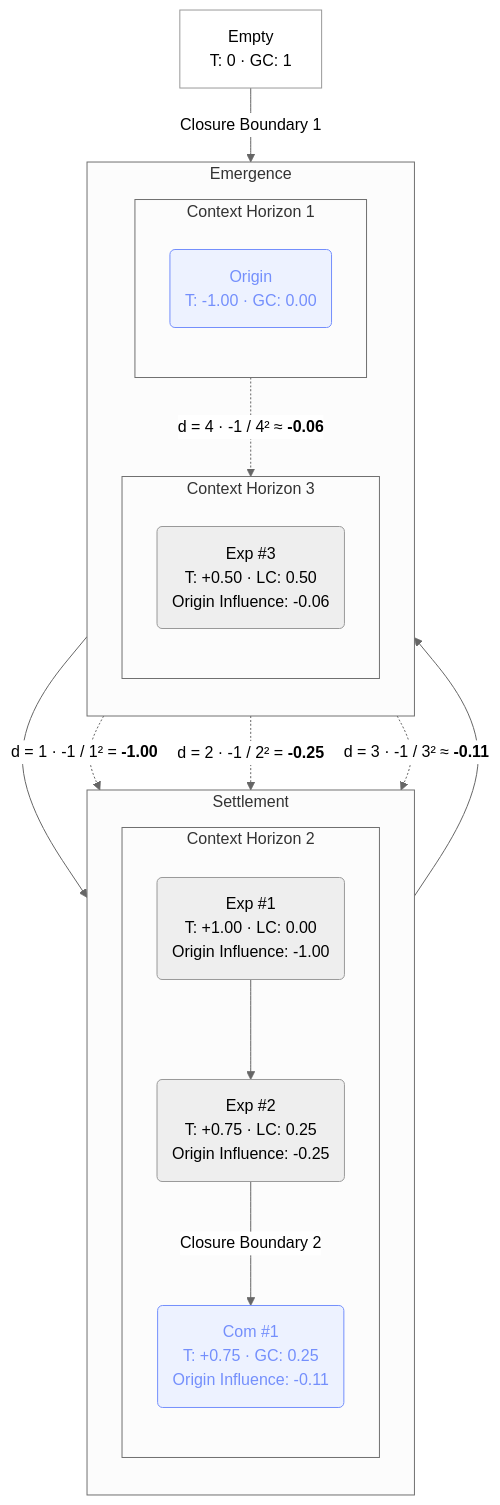
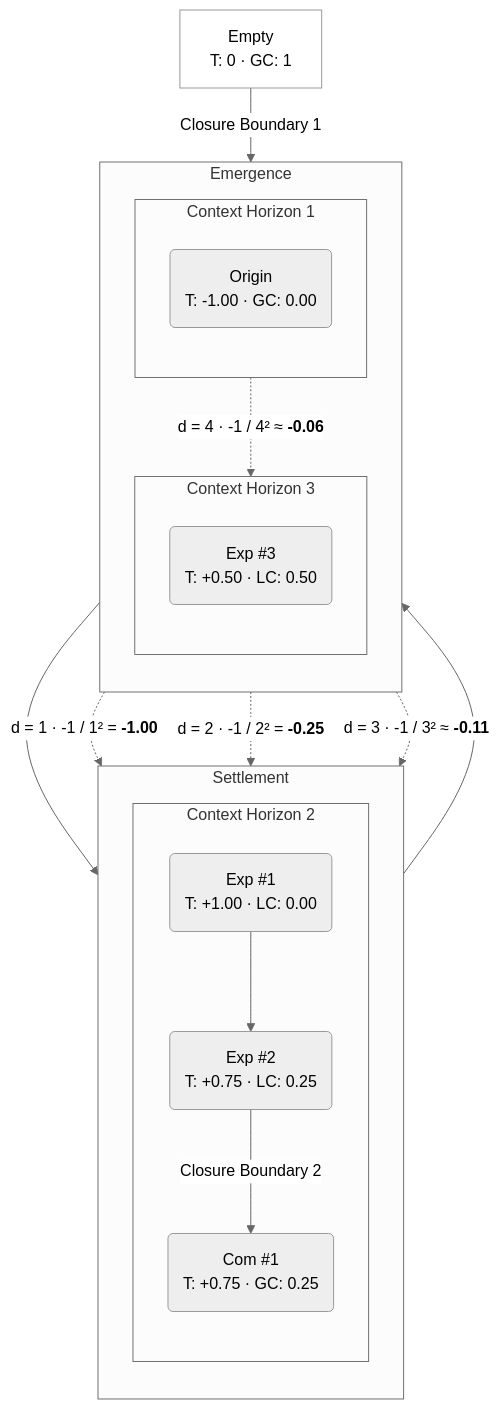
One commit to clairemira/miranova changed diagram 13 of 13 in content/commons.mdx. Above: the diagram before and after it, drawn with Mermaid. The commit also changed other lines of this file and 23 other files, not shown here.

Commit message:
Added dark mode support for mermaid nodes

````diff
--- a/content/commons.mdx
+++ b/content/commons.mdx
@@ -1383,58 +1302,57 @@
 ```mermaid
 ---
 config:
   flowchart:
     curve: basis
   theme: neutral
 ---
 flowchart TD
 
   EMPTY["Empty<br/>T: 0 · GC: 1"]
 
   subgraph S[Settlement]
     direction TB
 
     subgraph CH2["Context Horizon 2"]
         direction TB
 
-        E1("Exp #1<br/>T: +1.00 · LC: 0.00<br/>Origin Influence: -1.00")
-        E2("Exp #2<br/>T: +0.75 · LC: 0.25<br/>Origin Influence: -0.25")
-        C1("Com #1<br/>T: +0.75 · GC: 0.25<br/>Origin Influence: -0.11")
+        E1("Exp #1<br/>T: +1.00 · LC: 0.00")
+        E2("Exp #2<br/>T: +0.75 · LC: 0.25")
+        C1("Com #1<br/>T: +0.75 · GC: 0.25")
     end
   end
 
   subgraph E[Emergence]
     direction TB
 
     subgraph CH1["Context Horizon 1"]
         direction TB
 
         O("Origin<br/>T: -1.00 · GC: 0.00")
     end
 
     subgraph CH3["Context Horizon 3"]
         direction TB
 
-        E3("Exp #3<br/>T: +0.50 · LC: 0.50<br/>Origin Influence: -0.06")
+        E3("Exp #3<br/>T: +0.50 · LC: 0.50")
     end
 
   end
 
   O --> E1
   E1 --> E2
   C1 --> E3
 
   EMPTY -->|"Closure Boundary 1"| O
   E2 -->|"Closure Boundary 2"| C1
 
   O -.->|"d = 1 · -1 / 1² = <strong>-1.00</strong>"| E1
   O -.->|"d = 2 · -1 / 2² = <strong>-0.25</strong>"| E2
   O -.->|"d = 3 · -1 / 3² ≈ <strong>-0.11</strong>"| C1
   O -.->|"d = 4 · -1 / 4² ≈ <strong>-0.06</strong>"| E3
 
-  classDef committalNode fill:#edf2ff,stroke:#748ffc,color:#748ffc
   classDef transNode fill:transparent
 
   class EMPTY transNode
-  class O,C1 committalNode
+  class O,C1 committal
 ```
````
